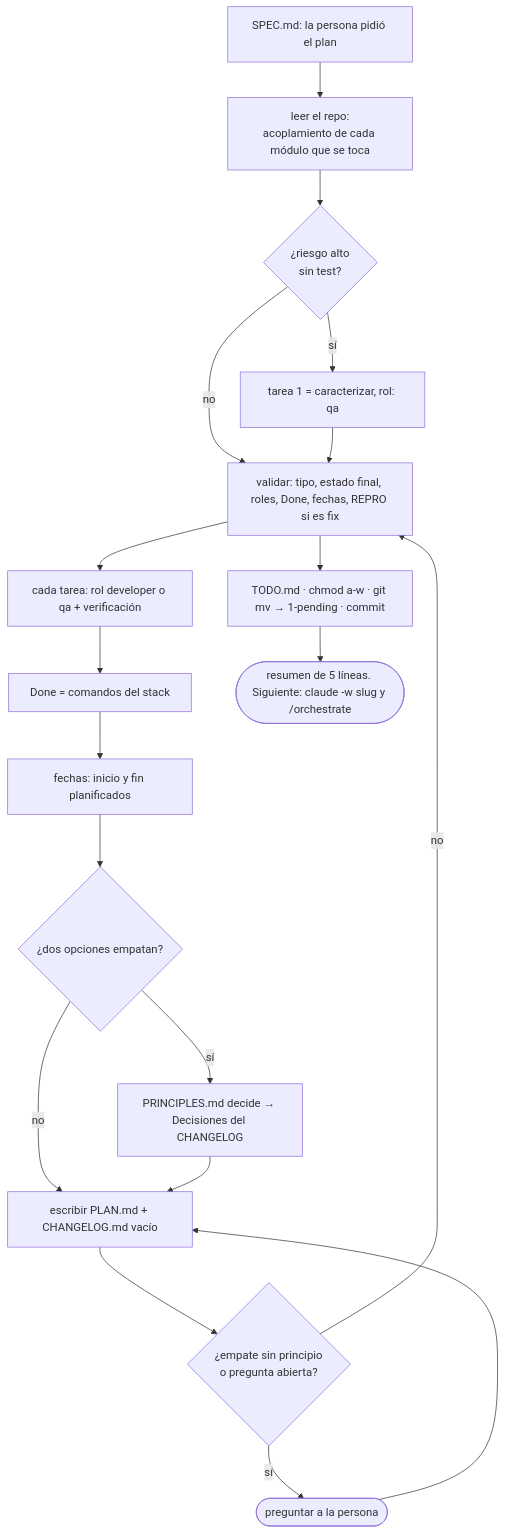
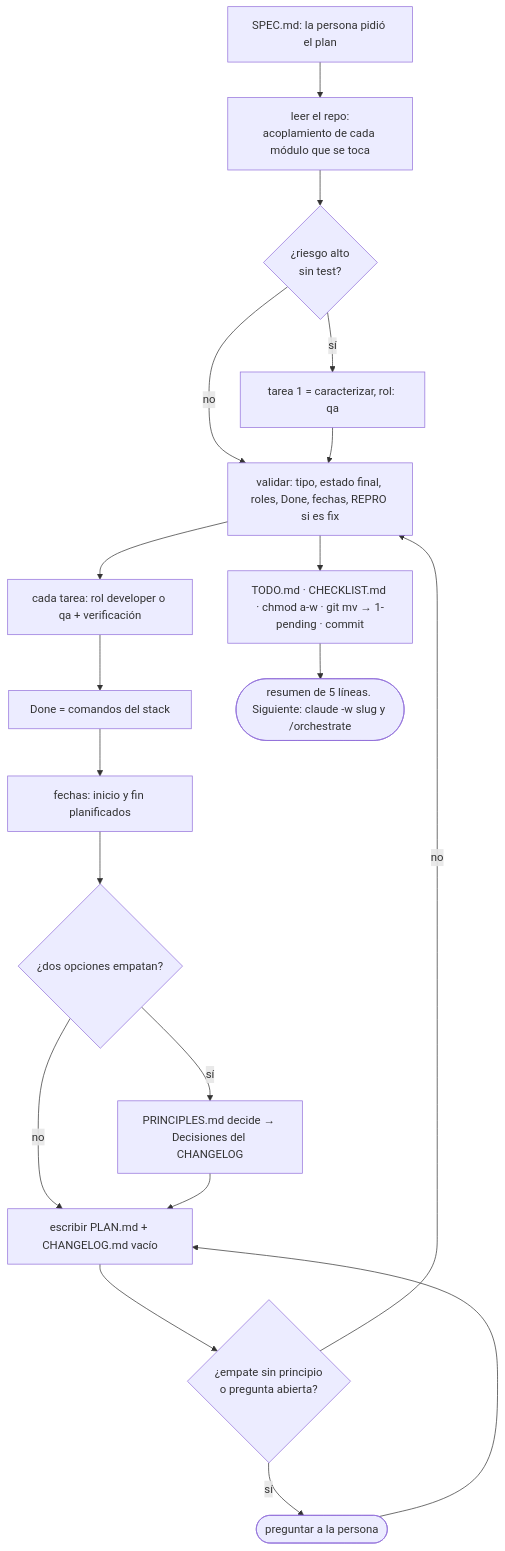
Before and after one commit to octavio-parozlabs/mindstack: the diagram in skills/workflow/references/plan.md, drawn with Mermaid. The commit also changed other lines of this file and 44 other files, not shown here.

````diff
--- a/skills/workflow/references/plan.md
+++ b/skills/workflow/references/plan.md
@@ -5,20 +5,20 @@
 ```mermaid
 flowchart TD
     S[SPEC.md: la persona pidió el plan] --> R[leer el repo:\nacoplamiento de cada módulo que se toca]
     R --> C{¿riesgo alto\nsin test?}
     C -- sí --> T1[tarea 1 = caracterizar, rol: qa]
     C -- no --> V
     T1 --> V[partir en tajadas verticales]
     V --> ROL[cada tarea: rol developer o qa + verificación]
     ROL --> D[Done = comandos del stack]
     D --> F[fechas: inicio y fin planificados]
     F --> E{¿dos opciones empatan?}
     E -- sí --> P[PRINCIPLES.md decide → Decisiones del CHANGELOG]
     E -- no --> W
     P --> W[escribir PLAN.md + CHANGELOG.md vacío]
     W --> H{¿empate sin principio\no pregunta abierta?}
     H -- sí --> Q([preguntar a la persona]) --> W
     H -- no --> V[validar: tipo, estado final, roles, Done, fechas, REPRO si es fix]
-    V --> T[TODO.md · chmod a-w · git mv → 1-pending · commit]
+    V --> T[TODO.md · CHECKLIST.md · chmod a-w · git mv → 1-pending · commit]
     T --> OK(["resumen de 5 líneas. Siguiente: claude -w slug y /orchestrate"])
 ```
````
